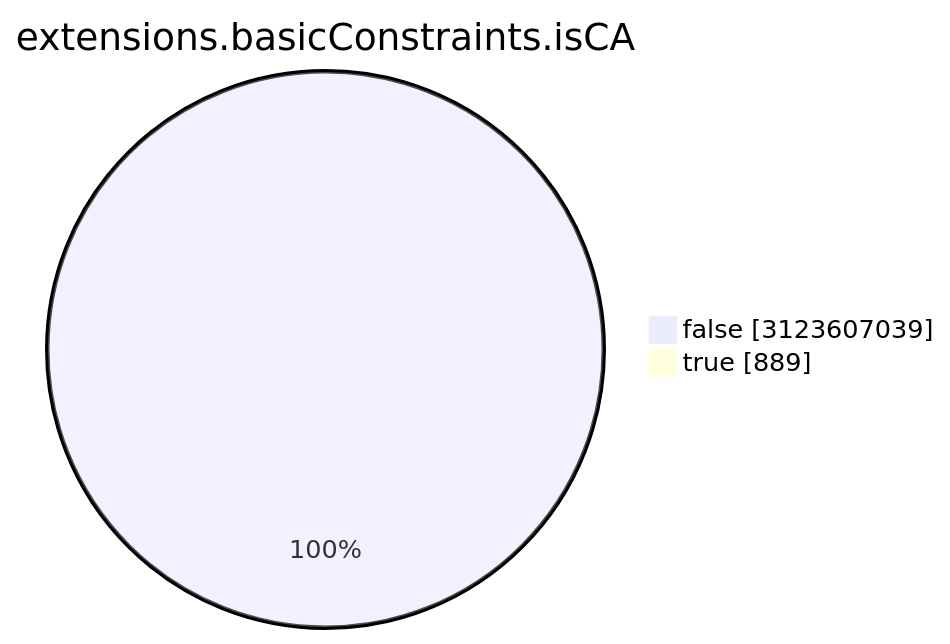
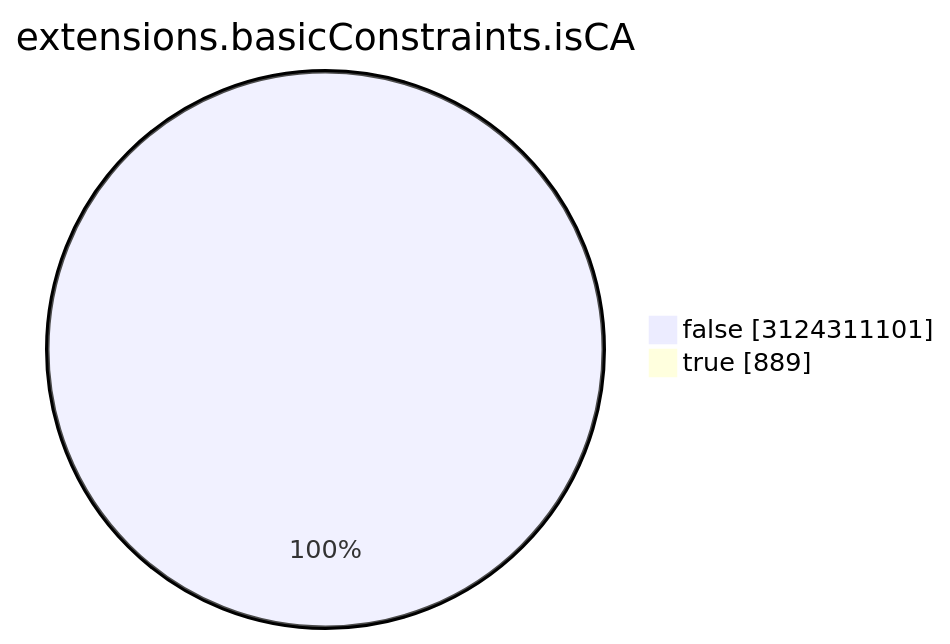
The seventh of 15 diagrams in TOTAL/README.md (christiankrug/ctmonitor_visualization), drawn with Mermaid before and after one commit. The commit also changed other lines of this file, not shown here.

````diff
--- a/TOTAL/README.md
+++ b/TOTAL/README.md
@@ -3088,6 +3088,6 @@
 ```mermaid
 pie showData
 title extensions.basicConstraints.isCA
-"false" :3123607039
+"false" :3124311101
 "true" :889
 ```
````
